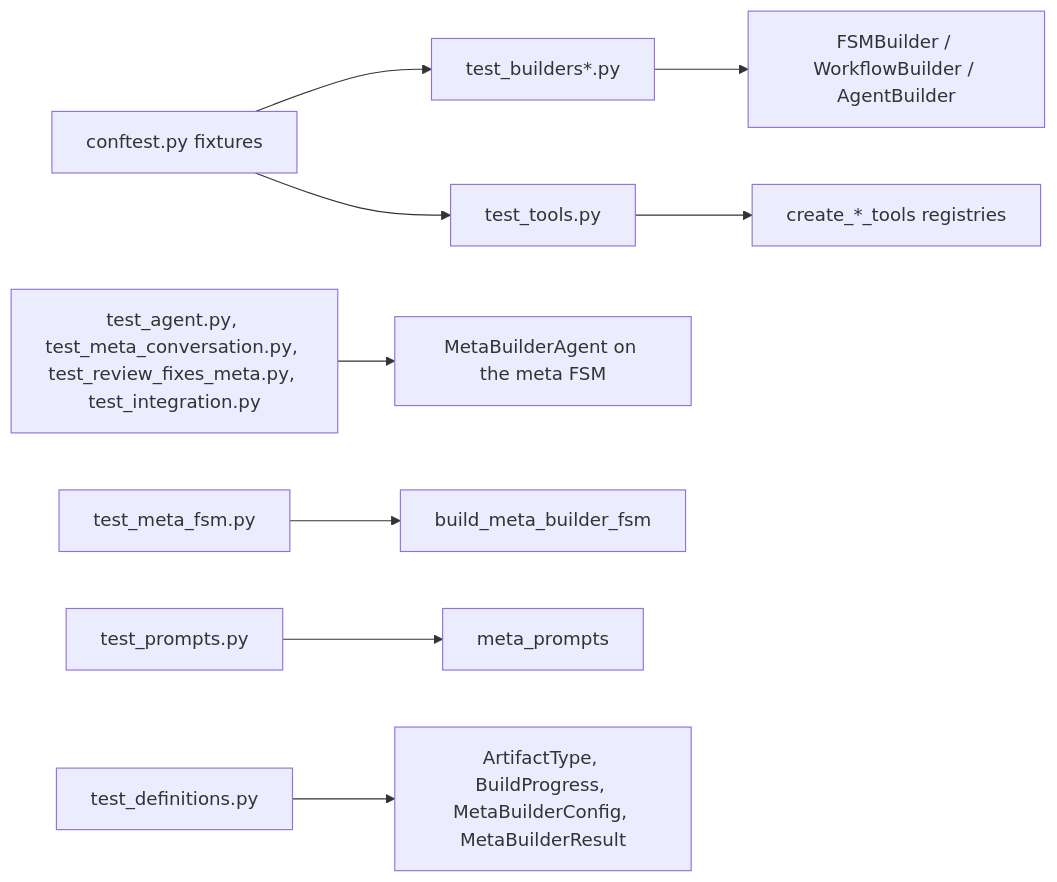
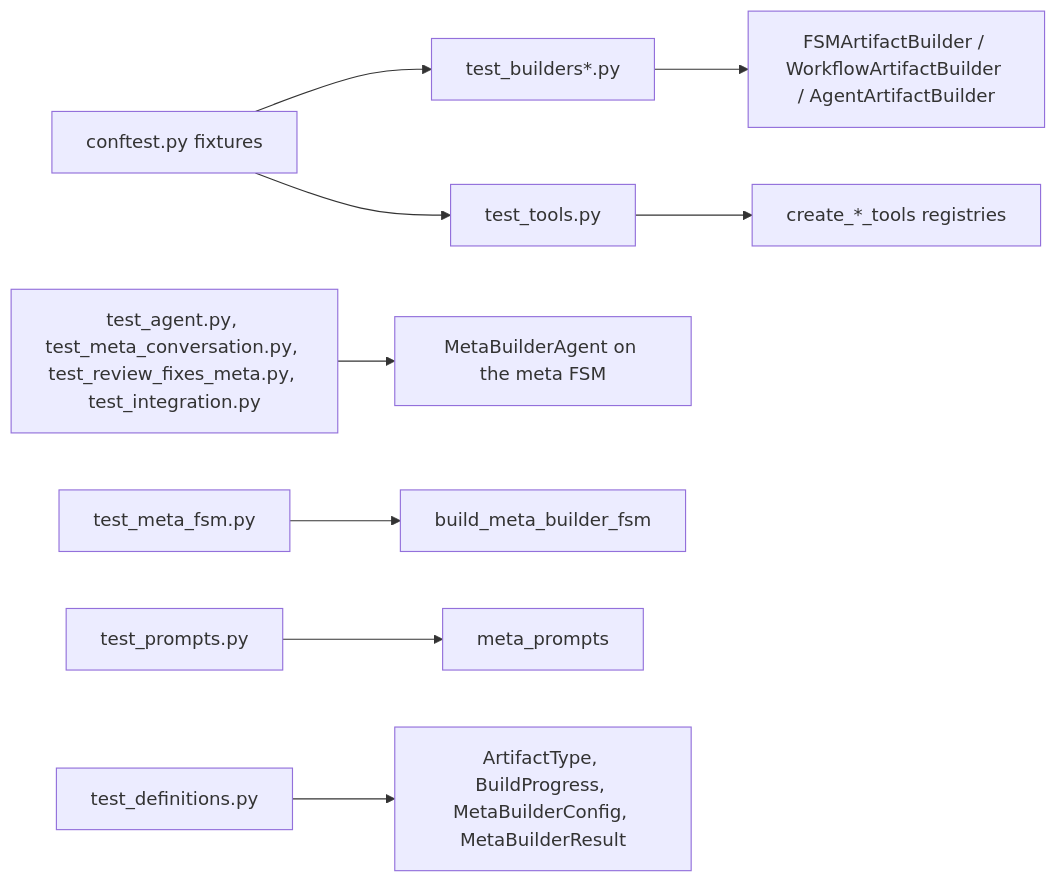
The diagram in tests/test_fsm_llm_meta/README.md (NikolasMarkou/fsm_llm), drawn with Mermaid before and after one commit. The commit also changed other lines of this file and 20 other files, not shown here.

Commit message:
[plan-2026-10-02-89b03f61/iter-1/step-2] refactor(agents): rename meta artifact builders to *ArtifactBuilder

````diff
--- a/tests/test_fsm_llm_meta/README.md
+++ b/tests/test_fsm_llm_meta/README.md
@@ -13,11 +13,11 @@
 ```mermaid
 flowchart LR
     conftest[conftest.py fixtures] --> builders[test_builders*.py]
     conftest --> tools[test_tools.py]
-    builders --> B[FSMBuilder / WorkflowBuilder / AgentBuilder]
+    builders --> B[FSMArtifactBuilder / WorkflowArtifactBuilder / AgentArtifactBuilder]
     tools --> T[create_*_tools registries]
     agent[test_agent.py, test_meta_conversation.py, test_review_fixes_meta.py, test_integration.py] --> M[MetaBuilderAgent on the meta FSM]
     fsm[test_meta_fsm.py] --> F[build_meta_builder_fsm]
     prompts[test_prompts.py] --> P[meta_prompts]
     defs[test_definitions.py] --> D[ArtifactType, BuildProgress, MetaBuilderConfig, MetaBuilderResult]
 ```
````
